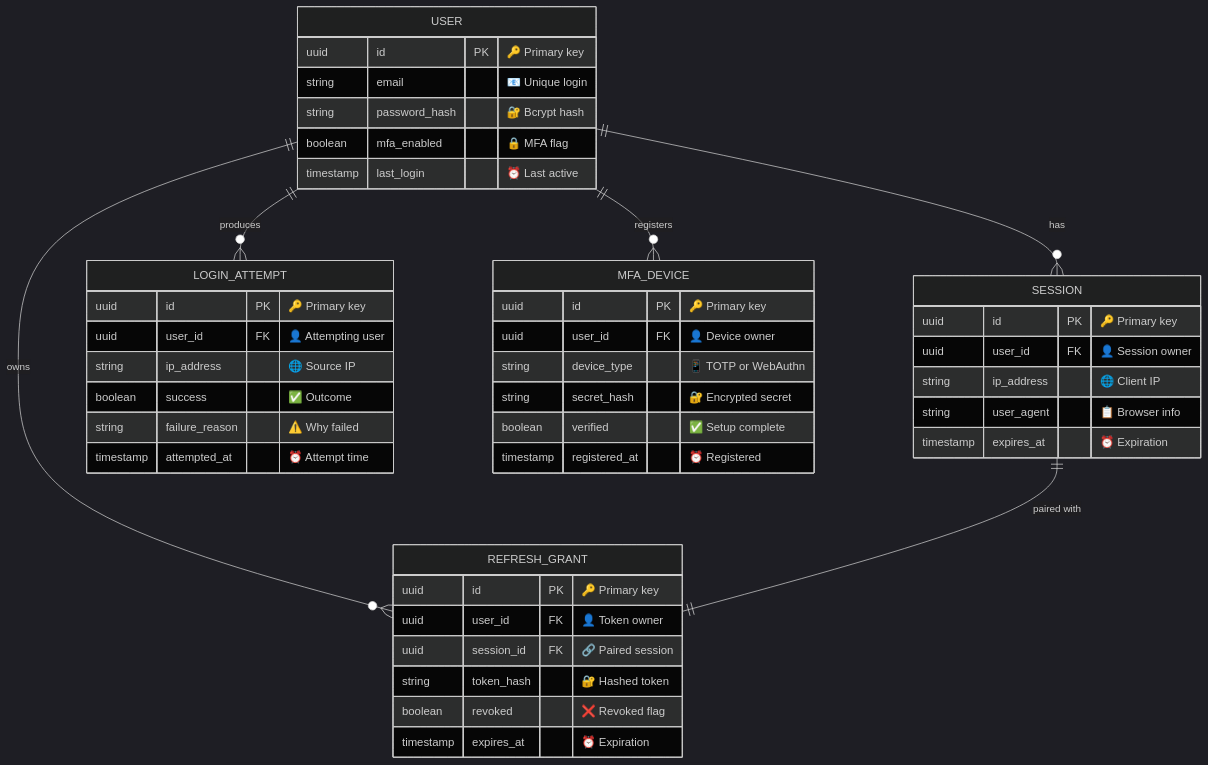
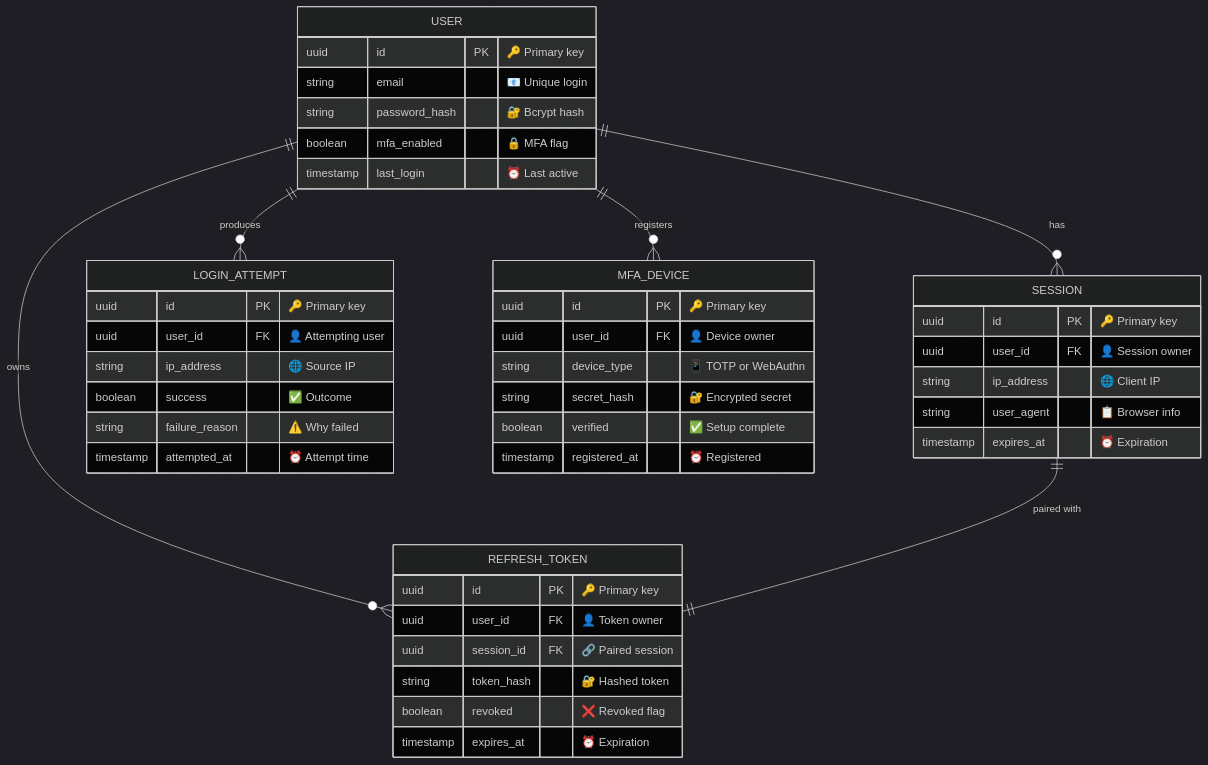
One commit to zephyr4123/TJU-AI4Science-Platform changed the third of 8 diagrams in skills-curated/general/markdown-mermaid-writing/references/diagrams/complex_examples.md. Above: the diagram before and after it, drawn with Mermaid (dark theme). The commit also changed 73 other files, not shown here.

````diff
--- a/skills-curated/general/markdown-mermaid-writing/references/diagrams/complex_examples.md
+++ b/skills-curated/general/markdown-mermaid-writing/references/diagrams/complex_examples.md
@@ -129,54 +129,54 @@
 ```mermaid
 erDiagram
     accTitle: Authentication Data Model
     accDescr: Five-entity schema for user authentication covering users, sessions, refresh tokens, login attempts, and MFA devices with cardinality relationships
 
     USER ||--o{ SESSION : "has"
-    USER ||--o{ REFRESH_GRANT : "owns"
+    USER ||--o{ REFRESH_TOKEN : "owns"
     USER ||--o{ LOGIN_ATTEMPT : "produces"
     USER ||--o{ MFA_DEVICE : "registers"
-    SESSION ||--|| REFRESH_GRANT : "paired with"
+    SESSION ||--|| REFRESH_TOKEN : "paired with"
 
     USER {
         uuid id PK "🔑 Primary key"
         string email "📧 Unique login"
         string password_hash "🔐 Bcrypt hash"
         boolean mfa_enabled "🔒 MFA flag"
         timestamp last_login "⏰ Last active"
     }
 
     SESSION {
         uuid id PK "🔑 Primary key"
         uuid user_id FK "👤 Session owner"
         string ip_address "🌐 Client IP"
         string user_agent "📋 Browser info"
         timestamp expires_at "⏰ Expiration"
     }
 
-    REFRESH_GRANT {
+    REFRESH_TOKEN {
         uuid id PK "🔑 Primary key"
         uuid user_id FK "👤 Token owner"
         uuid session_id FK "🔗 Paired session"
         string token_hash "🔐 Hashed token"
         boolean revoked "❌ Revoked flag"
         timestamp expires_at "⏰ Expiration"
     }
 
     LOGIN_ATTEMPT {
         uuid id PK "🔑 Primary key"
         uuid user_id FK "👤 Attempting user"
         string ip_address "🌐 Source IP"
         boolean success "✅ Outcome"
         string failure_reason "⚠️ Why failed"
         timestamp attempted_at "⏰ Attempt time"
     }
 
     MFA_DEVICE {
         uuid id PK "🔑 Primary key"
         uuid user_id FK "👤 Device owner"
         string device_type "📱 TOTP or WebAuthn"
         string secret_hash "🔐 Encrypted secret"
         boolean verified "✅ Setup complete"
         timestamp registered_at "⏰ Registered"
     }
 ```
````
